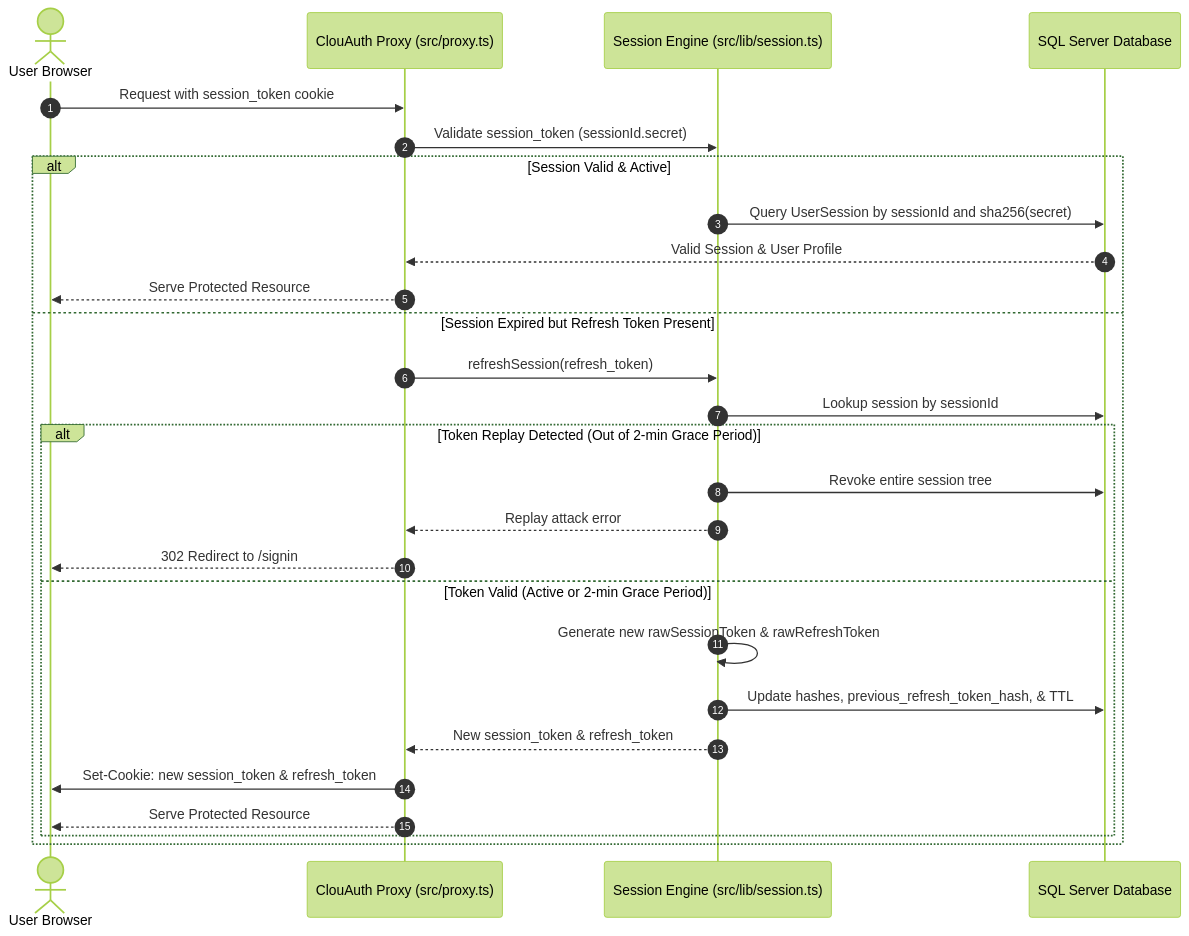
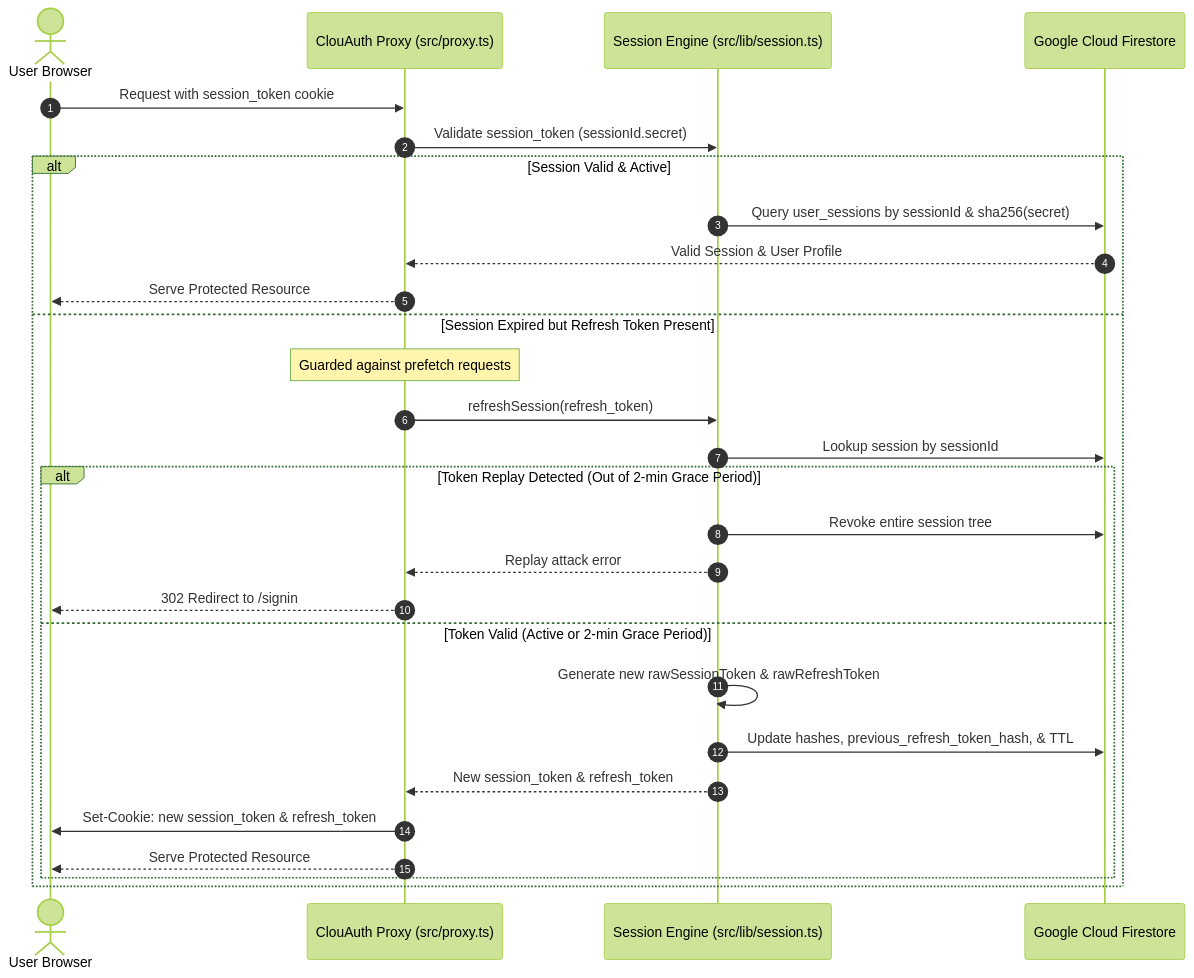
One commit to shawkath646/clouauth changed the second of 2 diagrams in docs/architecture.md. Above: the diagram before and after it, drawn with Mermaid (forest theme). The commit also changed other lines of this file and 195 other files, not shown here.

````diff
--- a/docs/architecture.md
+++ b/docs/architecture.md
@@ -73,30 +76,31 @@
 ```mermaid
 sequenceDiagram
     autonumber
     actor User as User Browser
     participant Proxy as ClouAuth Proxy (src/proxy.ts)
     participant Engine as Session Engine (src/lib/session.ts)
-    participant DB as SQL Server Database
+    participant DB as Google Cloud Firestore
 
     User->>Proxy: Request with session_token cookie
     Proxy->>Engine: Validate session_token (sessionId.secret)
     alt Session Valid & Active
-        Engine->>DB: Query UserSession by sessionId and sha256(secret)
+        Engine->>DB: Query user_sessions by sessionId & sha256(secret)
         DB-->>Proxy: Valid Session & User Profile
         Proxy-->>User: Serve Protected Resource
     else Session Expired but Refresh Token Present
+        Note over Proxy: Guarded against prefetch requests
         Proxy->>Engine: refreshSession(refresh_token)
         Engine->>DB: Lookup session by sessionId
         alt Token Replay Detected (Out of 2-min Grace Period)
             Engine->>DB: Revoke entire session tree
             Engine-->>Proxy: Replay attack error
             Proxy-->>User: 302 Redirect to /signin
         else Token Valid (Active or 2-min Grace Period)
             Engine->>Engine: Generate new rawSessionToken & rawRefreshToken
             Engine->>DB: Update hashes, previous_refresh_token_hash, & TTL
             Engine-->>Proxy: New session_token & refresh_token
             Proxy->>User: Set-Cookie: new session_token & refresh_token
             Proxy-->>User: Serve Protected Resource
         end
     end
 ```
````
